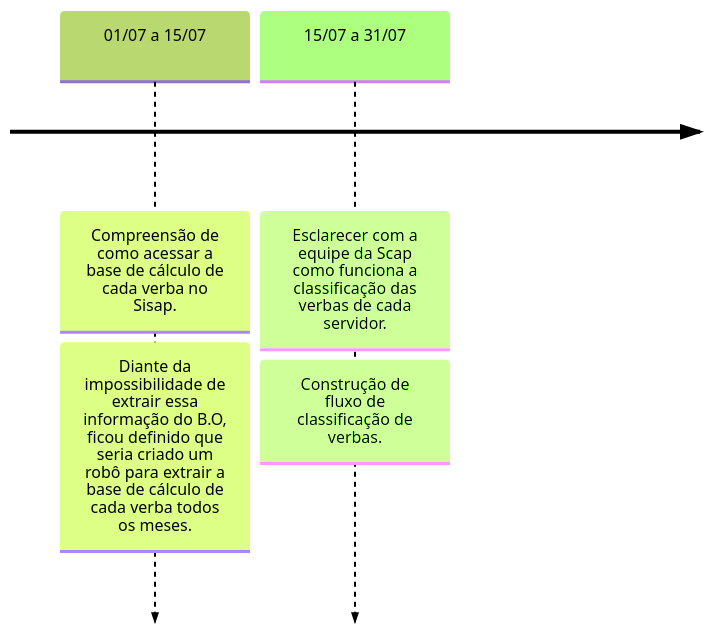
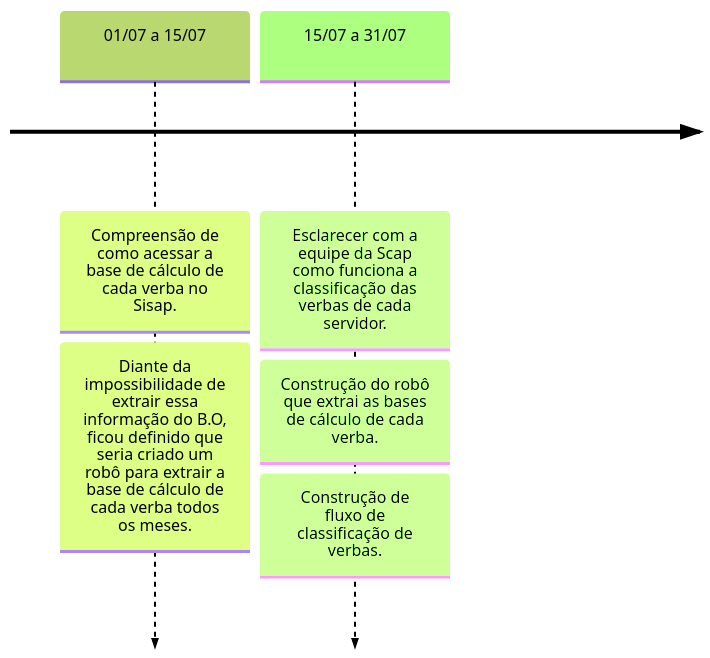
Before and after one commit to automatiza-mg/handbook: the third of 4 diagrams in docs/linha_do_tempo/projeto_seplag_scap.md, drawn with Mermaid (forest theme).

````diff
--- a/docs/linha_do_tempo/projeto_seplag_scap.md
+++ b/docs/linha_do_tempo/projeto_seplag_scap.md
@@ -37,7 +37,8 @@
     ```mermaid
     timeline
         01/07 a 15/07 : Compreensão de como acessar a base de cálculo de cada verba no Sisap.
                       : Diante da impossibilidade de extrair essa informação do B.O, ficou definido que seria criado um robô para extrair a base de cálculo de cada verba todos os meses.
         15/07 a 31/07 : Esclarecer com a equipe da Scap como funciona a classificação das verbas de cada servidor.
+	              : Construção do robô que extrai as bases de cálculo de cada verba.  		
                       : Construção de fluxo de classificação de verbas. 
     ```
````
